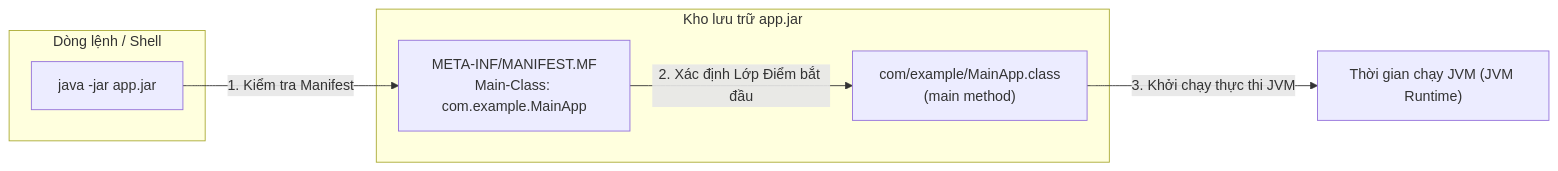
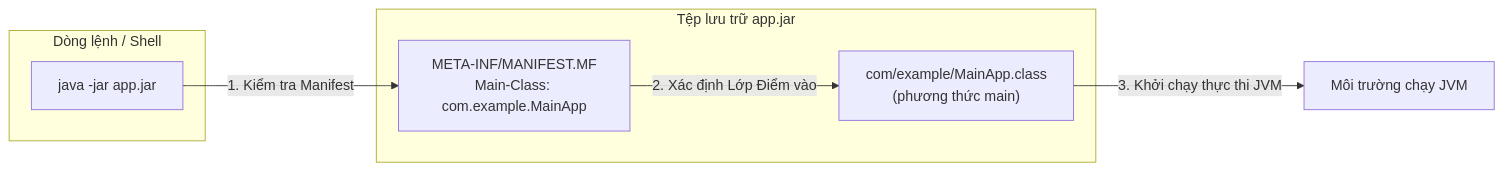
One commit to PhuThien2005/theoretical-of-java-core changed the first of 3 diagrams in vi/38-build-compile-run/theory/01-javac-concepts.md. Above: the diagram before and after it, drawn with Mermaid. The commit also changed other lines of this file and 229 other files, not shown here.

````diff
--- a/vi/38-build-compile-run/theory/01-javac-concepts.md
+++ b/vi/38-build-compile-run/theory/01-javac-concepts.md
@@ -159,13 +159,13 @@
 ```mermaid
 flowchart LR
     subgraph CLI ["Dòng lệnh / Shell"]
         RunCommand["java -jar app.jar"]
     end
-    subgraph JAR ["Kho lưu trữ app.jar"]
+    subgraph JAR ["Tệp lưu trữ app.jar"]
         Manifest["META-INF/MANIFEST.MF\nMain-Class: com.example.MainApp"]
-        MainClass["com/example/MainApp.class\n(main method)"]
+        MainClass["com/example/MainApp.class\n(phương thức main)"]
     end
     RunCommand -->|1. Kiểm tra Manifest| Manifest
-    Manifest -->|2. Xác định Lớp Điểm bắt đầu| MainClass
-    MainClass -->|3. Khởi chạy thực thi JVM| JVM["Thời gian chạy JVM (JVM Runtime)"]
+    Manifest -->|2. Xác định Lớp Điểm vào| MainClass
+    MainClass -->|3. Khởi chạy thực thi JVM| JVM[Môi trường chạy JVM]
 ```
````
